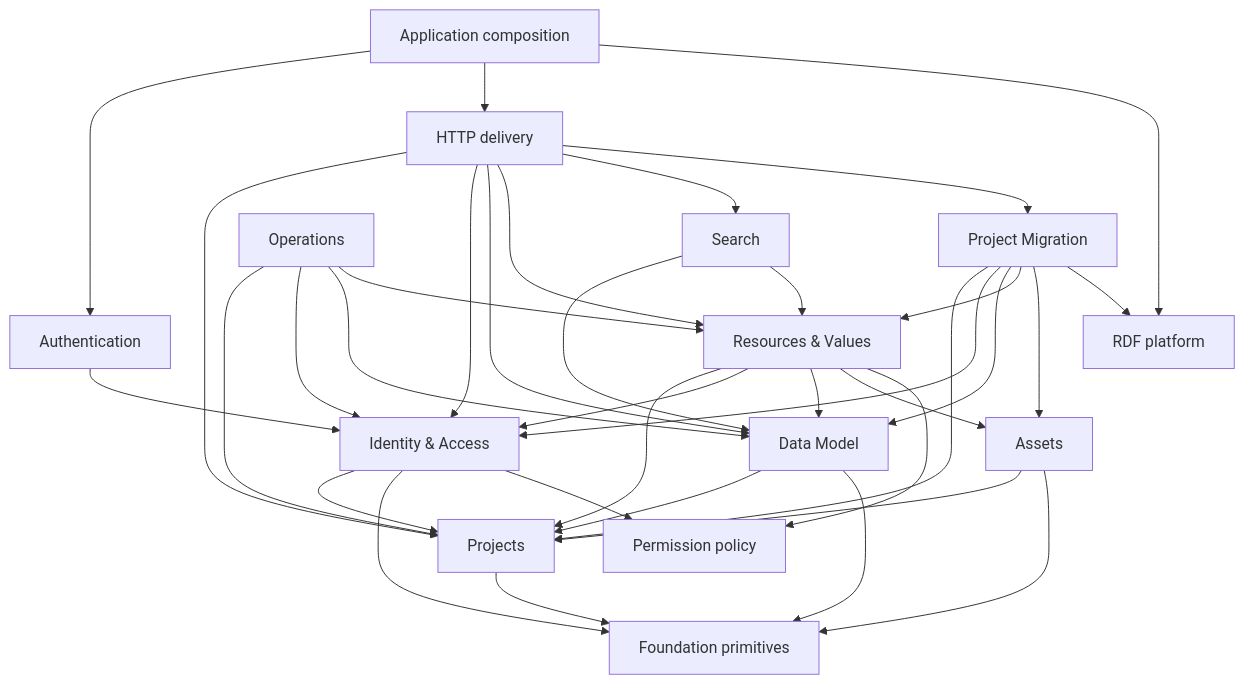
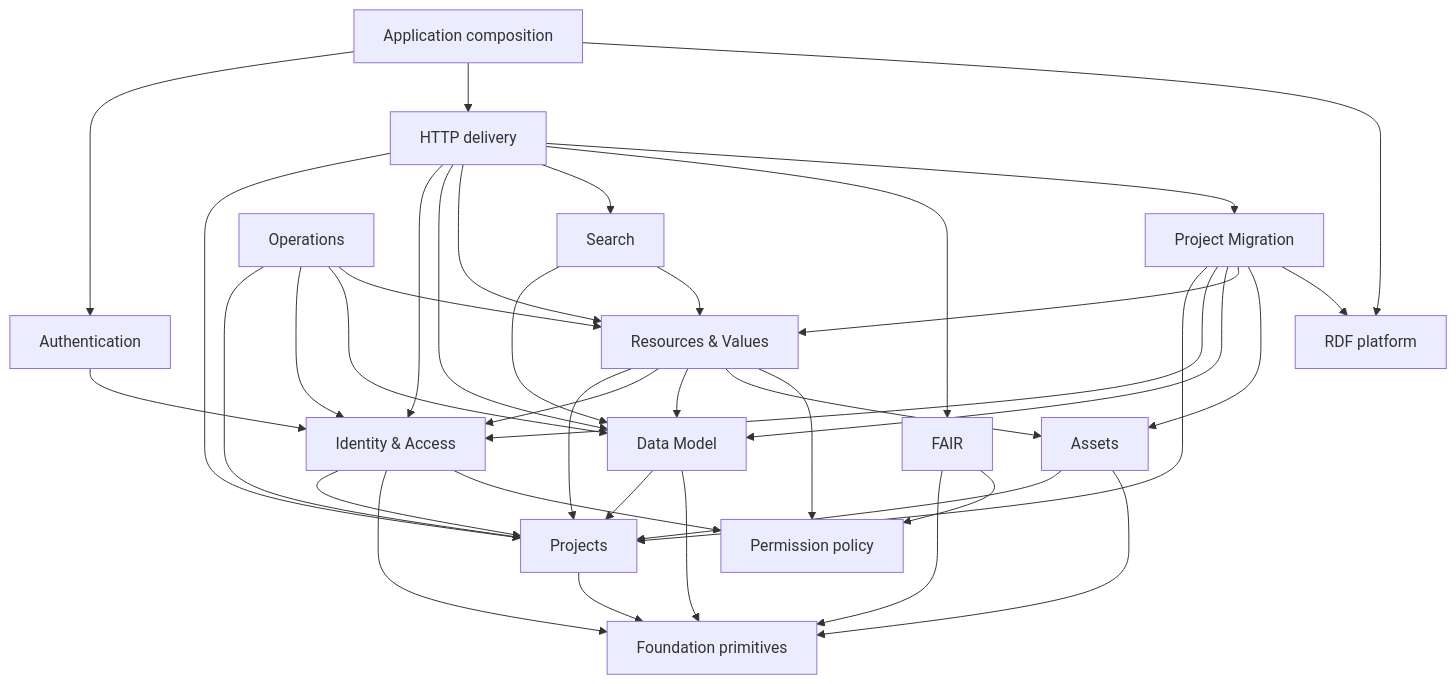
One commit to dasch-swiss/dsp-api changed the diagram in CONTEXT.md. Above: the diagram before and after it, drawn with Mermaid. The commit also changed other lines of this file and 80 other files, not shown here.

````diff
--- a/CONTEXT.md
+++ b/CONTEXT.md
@@ -111,55 +116,59 @@
 ```mermaid
 graph TD
     FP["Foundation primitives"]
     PP["Permission policy"]
     RDF["RDF platform"]
 
     PROJECTS["Projects"]
     IAM["Identity & Access"]
     DM["Data Model"]
     ASSETS["Assets"]
     RV["Resources & Values"]
     SEARCH["Search"]
+    FAIR["FAIR"]
     MIGRATION["Project Migration"]
     OPS["Operations"]
 
     AUTHN["Authentication"]
     HTTP["HTTP delivery"]
     APP["Application composition"]
 
     PROJECTS --> FP
     IAM --> PROJECTS
     IAM --> FP
     IAM --> PP
     DM --> PROJECTS
     DM --> FP
     ASSETS --> PROJECTS
     ASSETS --> FP
     RV --> PROJECTS
     RV --> IAM
     RV --> DM
     RV --> ASSETS
     RV --> PP
     SEARCH --> DM
     SEARCH --> RV
+    FAIR --> FP
+    FAIR --> PP
     MIGRATION --> PROJECTS
     MIGRATION --> IAM
     MIGRATION --> DM
     MIGRATION --> RV
     MIGRATION --> ASSETS
     MIGRATION --> RDF
     OPS --> PROJECTS
     OPS --> IAM
     OPS --> DM
     OPS --> RV
     AUTHN --> IAM
     HTTP --> PROJECTS
     HTTP --> IAM
     HTTP --> DM
     HTTP --> RV
     HTTP --> SEARCH
+    HTTP --> FAIR
     HTTP --> MIGRATION
     APP --> AUTHN
     APP --> HTTP
     APP --> RDF
 ```
````
